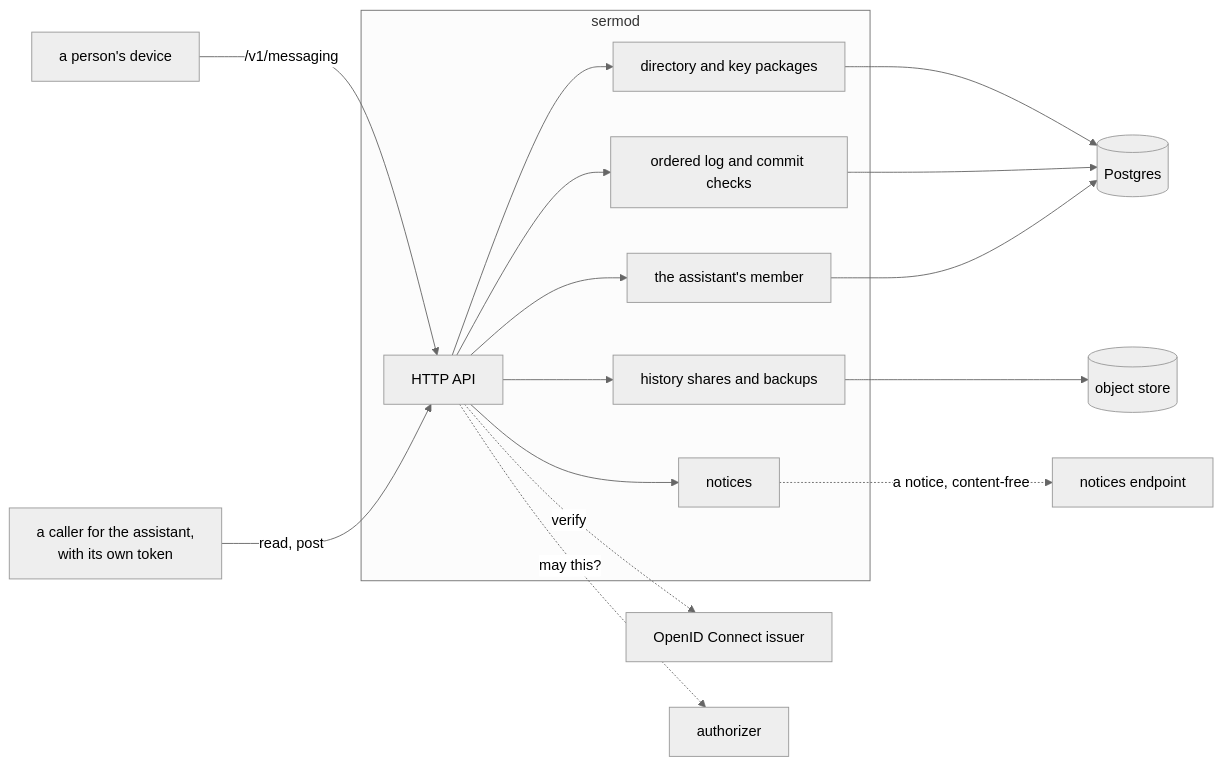
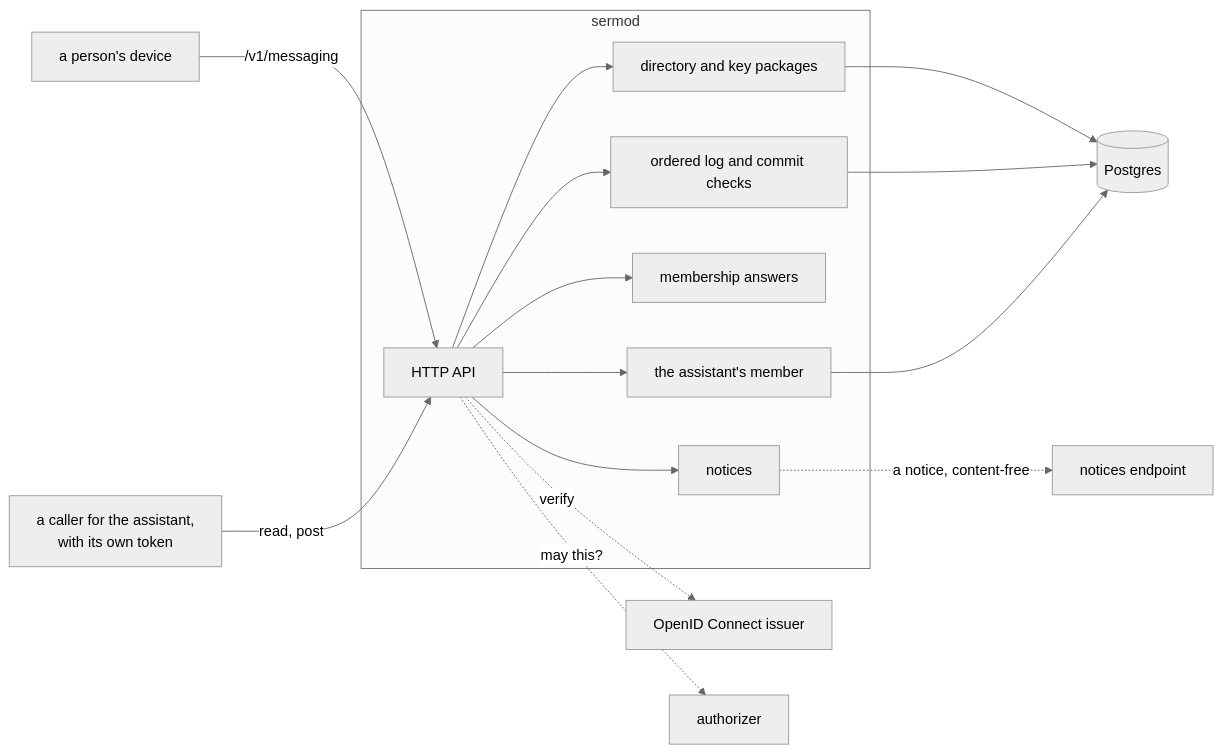
Before and after one commit to latere-ai/sermo: the diagram in specs/001-architecture.md, drawn with Mermaid (neutral theme). The commit also changed other lines of this file and 3 other files, not shown here.

````diff
--- a/specs/001-architecture.md
+++ b/specs/001-architecture.md
@@ -39,19 +40,18 @@
 ```mermaid
 flowchart LR
   dev["a person's device"] -->|"/v1/messaging"| api
   caller["a caller for the assistant,<br/>with its own token"] -->|"read, post"| api
   subgraph sermod
     api["HTTP API"] --> dir["directory and key packages"]
     api --> log["ordered log and commit checks"]
-    api --> hist["history shares and backups"]
+    api --> member["membership answers"]
     api --> asst["the assistant's member"]
     api --> notify["notices"]
   end
   dir --> pg[("Postgres")]
   log --> pg
   asst --> pg
-  hist --> s3[("object store")]
   api -.->|"verify"| oidc["OpenID Connect issuer"]
   api -.->|"may this?"| authz["authorizer"]
   notify -.->|"a notice, content-free"| outbox["notices endpoint"]
 ```
````
